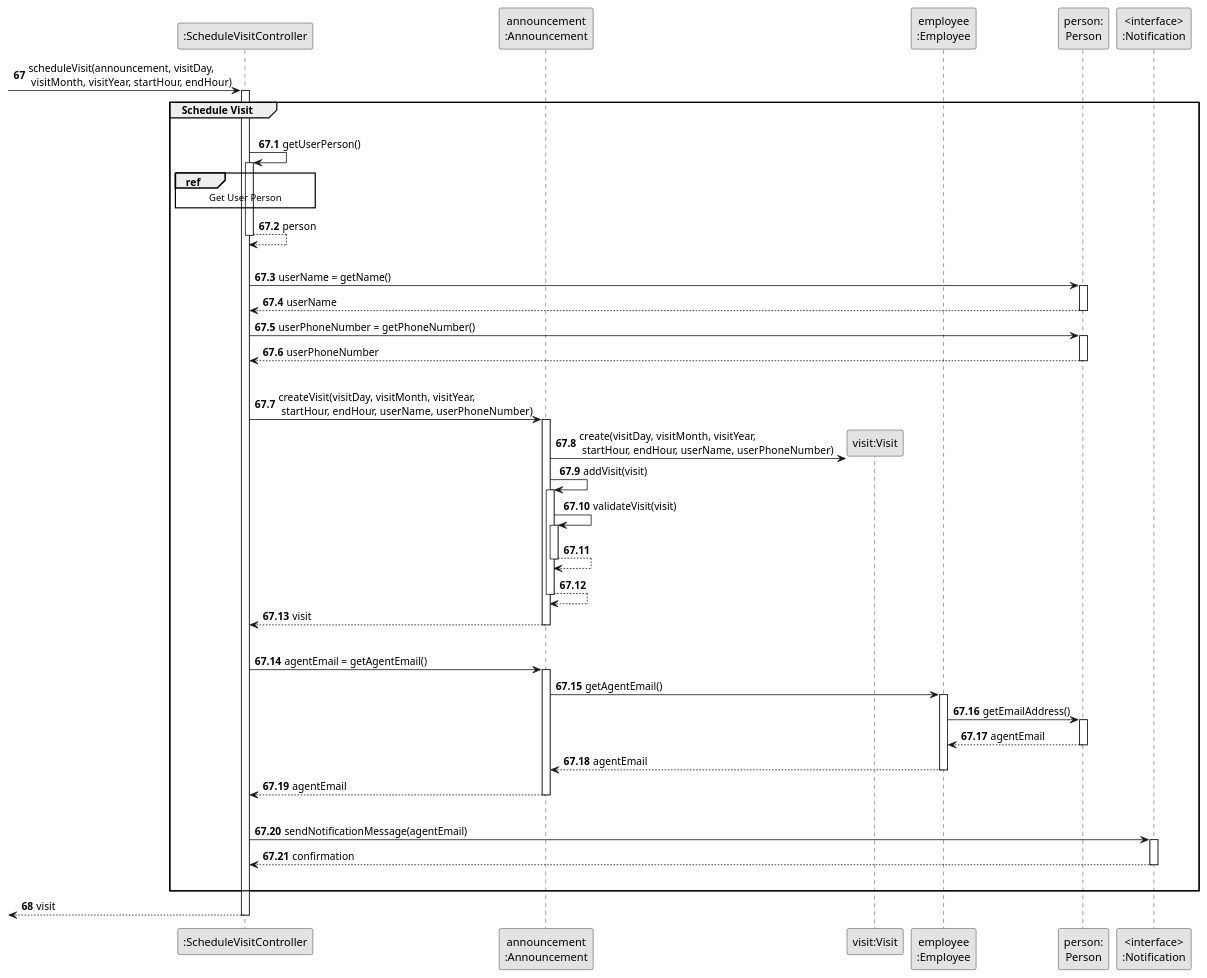
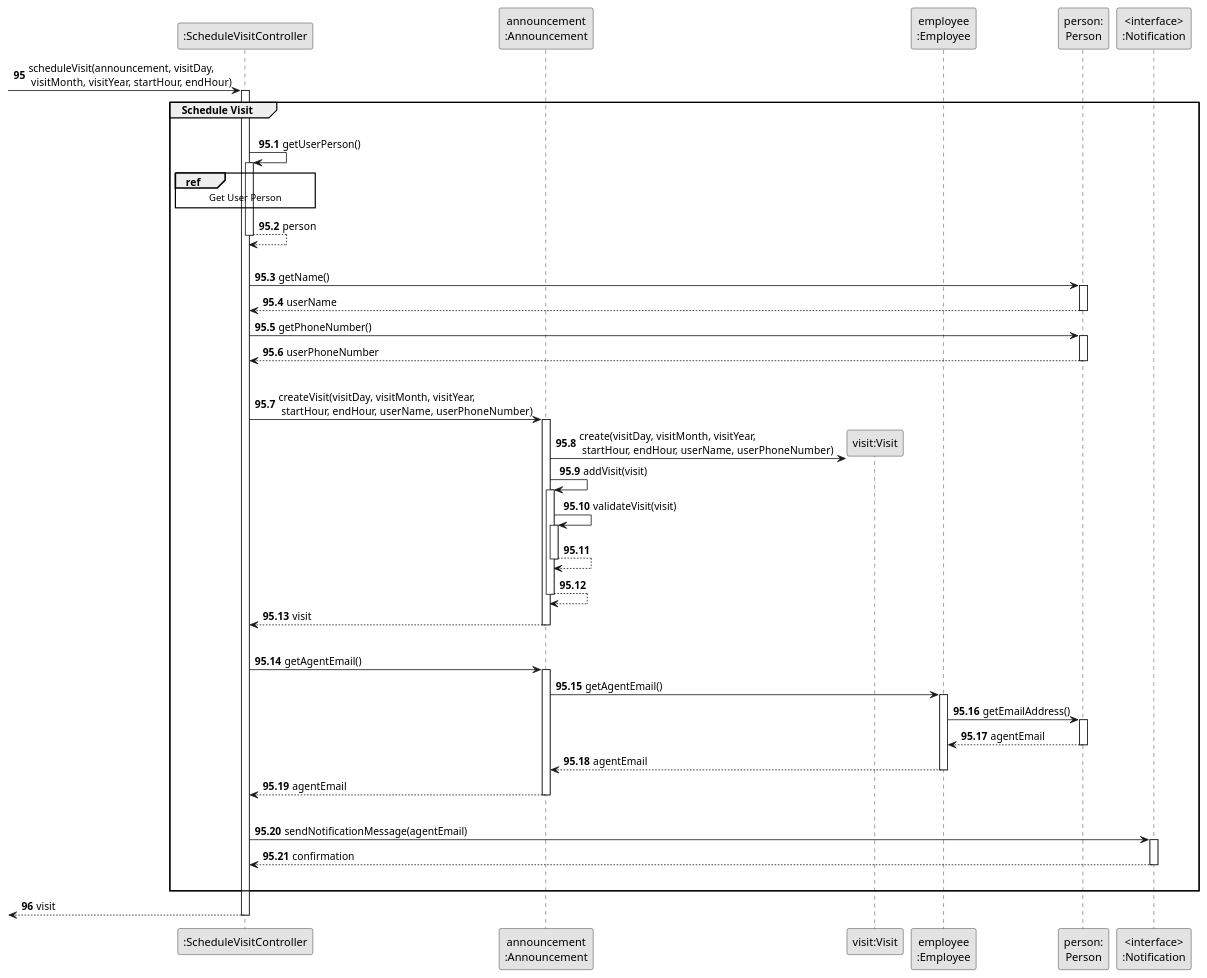
Before and after one commit to rita-barbosa/LAPR2-2223: the diagram in docs/sprintD/us009/03.design/puml/us009-sequence-diagram-partial-schedule-visit.puml, drawn with PlantUML. The commit also changed 27 other files, not shown here.

```diff
--- a/docs/sprintD/us009/03.design/puml/us009-sequence-diagram-partial-schedule-visit.puml
+++ b/docs/sprintD/us009/03.design/puml/us009-sequence-diagram-partial-schedule-visit.puml
@@ -1,94 +1,94 @@
 @startuml
 skinparam monochrome true
 skinparam packageStyle rectangle
 skinparam shadowing false
 
 participant ":ScheduleVisitController" as CTRL
 participant "announcement\n:Announcement" as ANNOUNCE
 participant "visit:Visit" as VST
 participant "employee\n:Employee" as EMP
 participant "person:\nPerson" as PERSON
 participant "<interface>\n:Notification" as NOTIFICATION
 
 
-autonumber 67
+autonumber 95
 
     -> CTRL : scheduleVisit(announcement, visitDay,\n visitMonth, visitYear, startHour, endHour)
     activate CTRL
 
-    autonumber 67.1
+    autonumber 95.1
 
     group Schedule Visit
    |||
            CTRL -> CTRL : getUserPerson()
            activate CTRL
                ref over CTRL
                    Get User Person
                end ref
                CTRL --> CTRL : person
            deactivate CTRL
 |||
-    CTRL -> PERSON : userName = getName()
+    CTRL -> PERSON : getName()
     activate PERSON
 
         PERSON --> CTRL : userName
     deactivate PERSON
 
 
-    CTRL -> PERSON : userPhoneNumber = getPhoneNumber()
+    CTRL -> PERSON : getPhoneNumber()
     activate PERSON
 
         PERSON --> CTRL : userPhoneNumber
     deactivate PERSON
 |||
     CTRL -> ANNOUNCE : createVisit(visitDay, visitMonth, visitYear,\n startHour, endHour, userName, userPhoneNumber)
     activate ANNOUNCE
 
     ANNOUNCE -> VST** : create(visitDay, visitMonth, visitYear,\n startHour, endHour, userName, userPhoneNumber)
 
      ANNOUNCE -> ANNOUNCE : addVisit(visit)
      activate ANNOUNCE
 
      ANNOUNCE -> ANNOUNCE : validateVisit(visit)
      activate ANNOUNCE
 
         ANNOUNCE --> ANNOUNCE
      deactivate ANNOUNCE
 
      ANNOUNCE --> ANNOUNCE
      deactivate ANNOUNCE
 
         ANNOUNCE --> CTRL : visit
     deactivate ANNOUNCE
 |||
-    CTRL -> ANNOUNCE: agentEmail = getAgentEmail()
+    CTRL -> ANNOUNCE: getAgentEmail()
     activate ANNOUNCE
 
     ANNOUNCE -> EMP : getAgentEmail()
     activate EMP
 
     EMP -> PERSON : getEmailAddress()
     activate PERSON
 
        PERSON --> EMP : agentEmail
     deactivate PERSON
 
        EMP --> ANNOUNCE : agentEmail
     deactivate EMP
 
        ANNOUNCE --> CTRL : agentEmail
     deactivate ANNOUNCE
 |||
     CTRL -> NOTIFICATION : sendNotificationMessage(agentEmail)
     activate NOTIFICATION
 
         NOTIFICATION --> CTRL : confirmation
     deactivate NOTIFICATION
 |||
     end group
 
-    autonumber 68
+    autonumber 96
         <-- CTRL : visit
     deactivate CTRL
 
 @enduml
```
